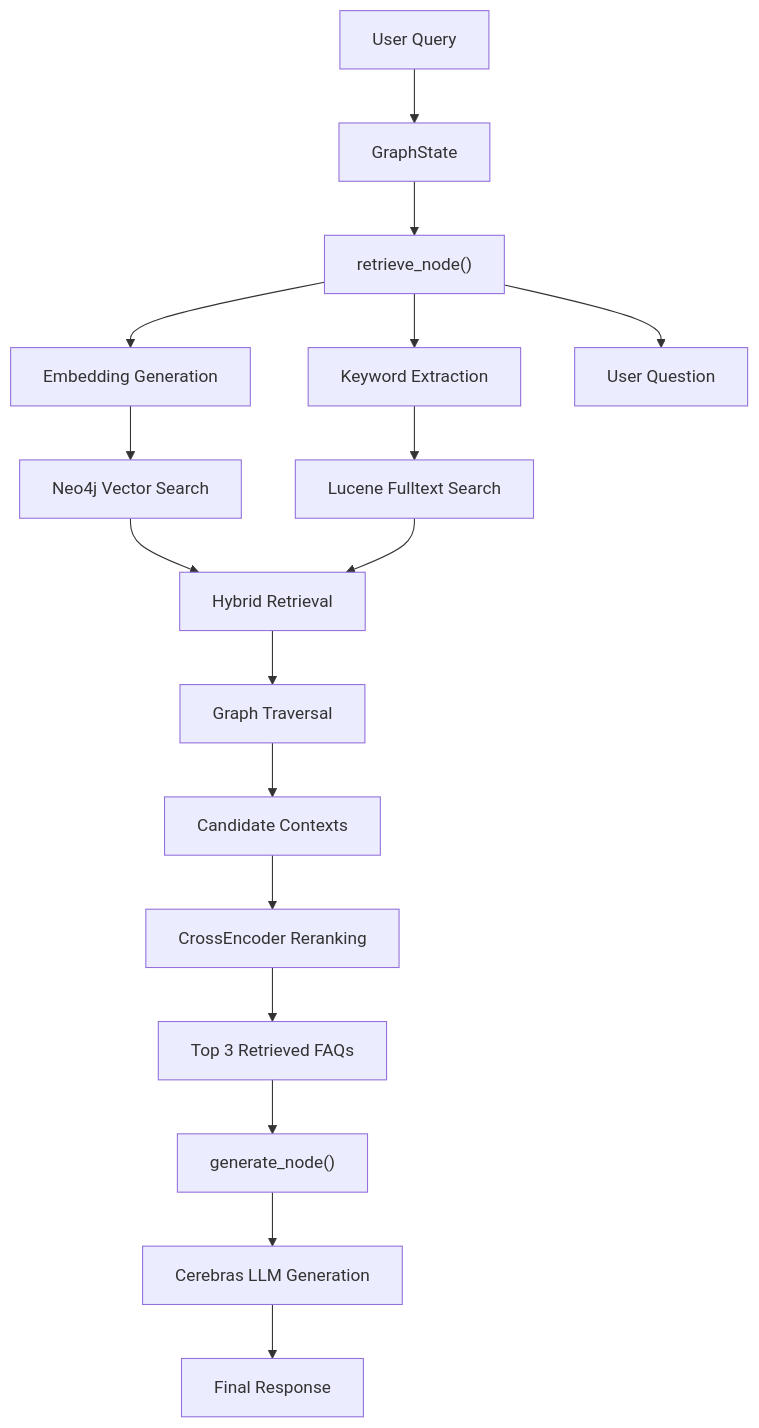
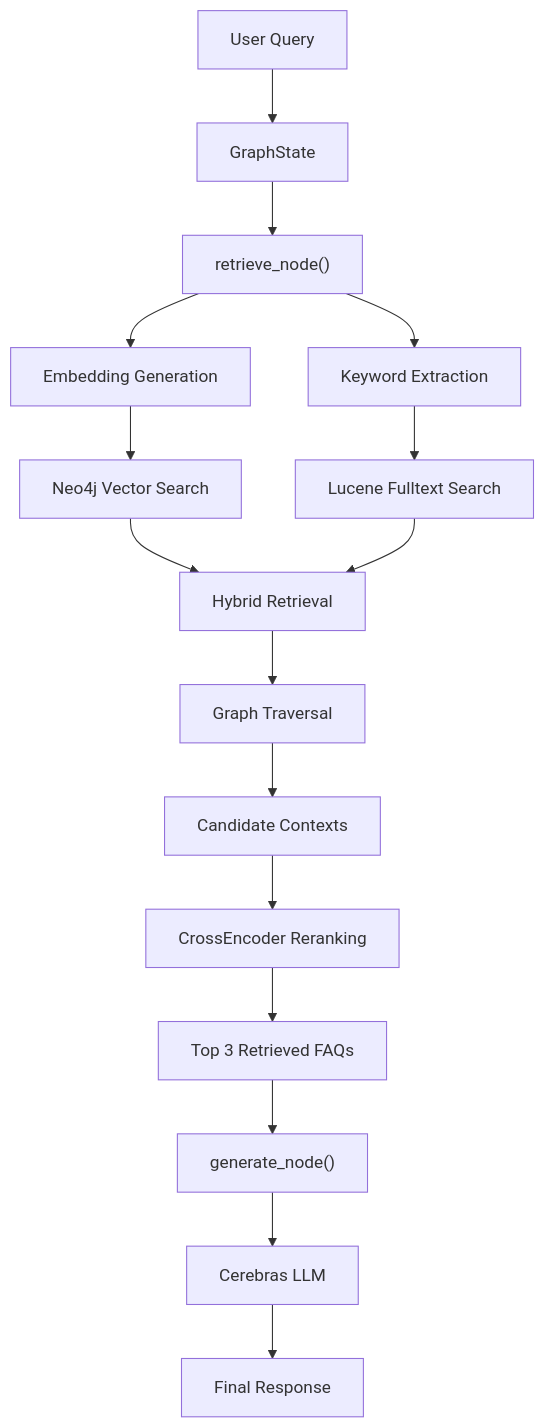
Before and after one commit to AmanPausker/Demo_Jio.com_faq_chatbot: the diagram in README.md, drawn with Mermaid. The commit also changed other lines of this file and 48 other files, not shown here.

````diff
--- a/README.md
+++ b/README.md
@@ -6,31 +48,18 @@
 ```mermaid
 graph TD
-
-A["User Query"] --> B["GraphState"]
-
-B --> C["retrieve_node()"]
-
-C --> D["Embedding Generation"]
-C --> E["Keyword Extraction"]
-C --> F["User Question"]
-
-D --> G["Neo4j Vector Search"]
-E --> H["Lucene Fulltext Search"]
-
-G --> I["Hybrid Retrieval"]
-H --> I
-
-I --> J["Graph Traversal"]
-
-J --> K["Candidate Contexts"]
-
-K --> L["CrossEncoder Reranking"]
-
-L --> M["Top 3 Retrieved FAQs"]
-
-M --> N["generate_node()"]
-
-N --> O["Cerebras LLM Generation"]
-
-O --> P["Final Response"]
+    A["User Query"] --> B["GraphState"]
+    B --> C["retrieve_node()"]
+    C --> D["Embedding Generation"]
+    C --> E["Keyword Extraction"]
+    D --> G["Neo4j Vector Search"]
+    E --> H["Lucene Fulltext Search"]
+    G --> I["Hybrid Retrieval"]
+    H --> I
+    I --> J["Graph Traversal"]
+    J --> K["Candidate Contexts"]
+    K --> L["CrossEncoder Reranking"]
+    L --> M["Top 3 Retrieved FAQs"]
+    M --> N["generate_node()"]
+    N --> O["Cerebras LLM"]
+    O --> P["Final Response"]
 ```
````
